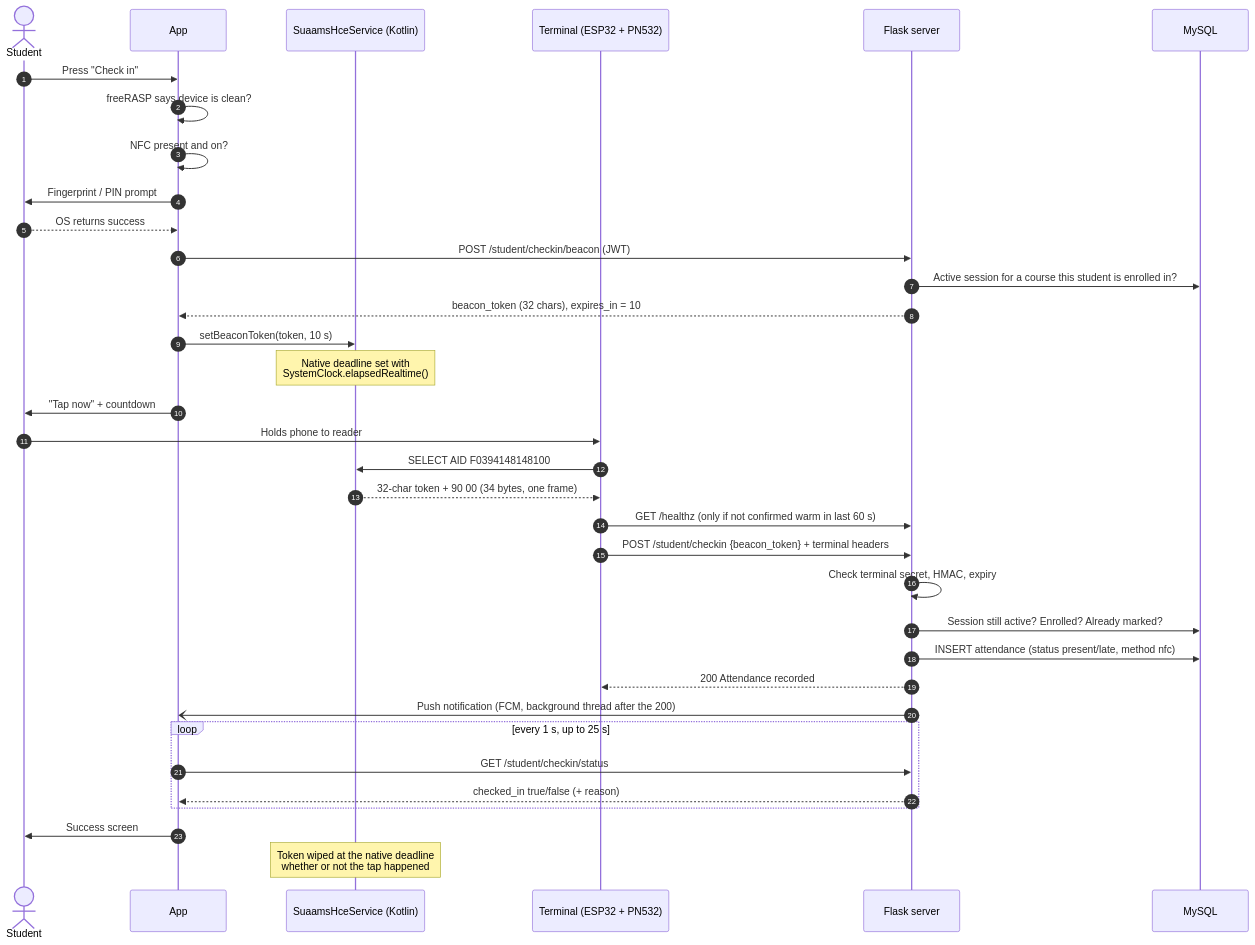
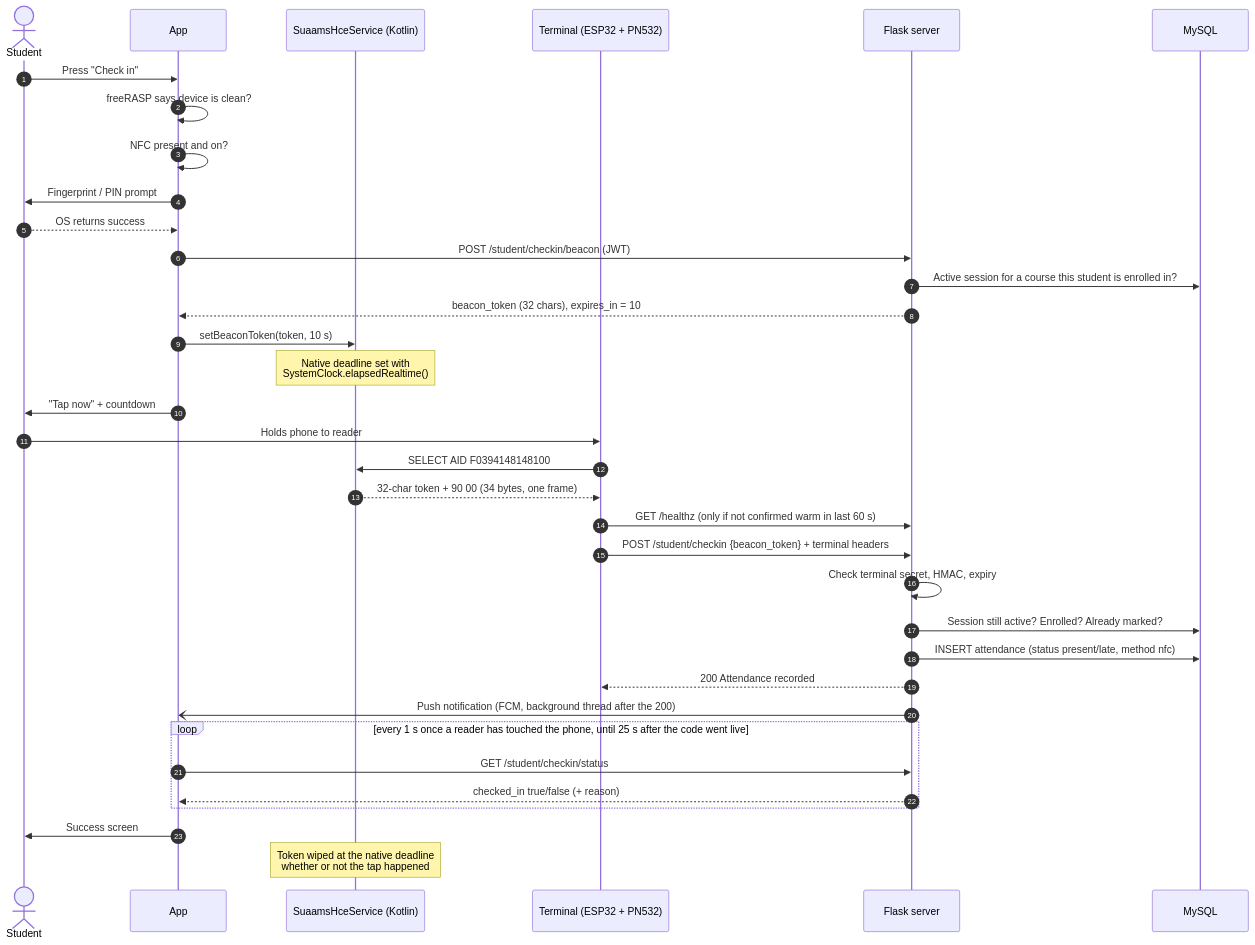
The second of 6 diagrams in docs/ARCHITECTURE.md (Afeez1234/4_idiots), drawn with Mermaid before and after one commit. The commit also changed other lines of this file and 6 other files, not shown here.

First line of the commit message:
check-in: poll for the result only after the tap; security docs match per-reader secrets

````diff
--- a/docs/ARCHITECTURE.md
+++ b/docs/ARCHITECTURE.md
@@ -72,38 +72,38 @@
 ```mermaid
 sequenceDiagram
     autonumber
     actor S as Student
     participant A as App
     participant H as SuaamsHceService (Kotlin)
     participant T as Terminal (ESP32 + PN532)
     participant F as Flask server
     participant D as MySQL
 
     S->>A: Press "Check in"
     A->>A: freeRASP says device is clean?
     A->>A: NFC present and on?
     A->>S: Fingerprint / PIN prompt
     S-->>A: OS returns success
     A->>F: POST /student/checkin/beacon (JWT)
     F->>D: Active session for a course this student is enrolled in?
     F-->>A: beacon_token (32 chars), expires_in = 10
     A->>H: setBeaconToken(token, 10 s)
     Note over H: Native deadline set with<br/>SystemClock.elapsedRealtime()
     A->>S: "Tap now" + countdown
     S->>T: Holds phone to reader
     T->>H: SELECT AID F0394148148100
     H-->>T: 32-char token + 90 00 (34 bytes, one frame)
     T->>F: GET /healthz (only if not confirmed warm in last 60 s)
     T->>F: POST /student/checkin {beacon_token} + terminal headers
     F->>F: Check terminal secret, HMAC, expiry
     F->>D: Session still active? Enrolled? Already marked?
     F->>D: INSERT attendance (status present/late, method nfc)
     F-->>T: 200 Attendance recorded
     F-)A: Push notification (FCM, background thread after the 200)
-    loop every 1 s, up to 25 s
+    loop every 1 s once a reader has touched the phone, until 25 s after the code went live
         A->>F: GET /student/checkin/status
         F-->>A: checked_in true/false (+ reason)
     end
     A->>S: Success screen
     Note over H: Token wiped at the native deadline<br/>whether or not the tap happened
 ```
````
